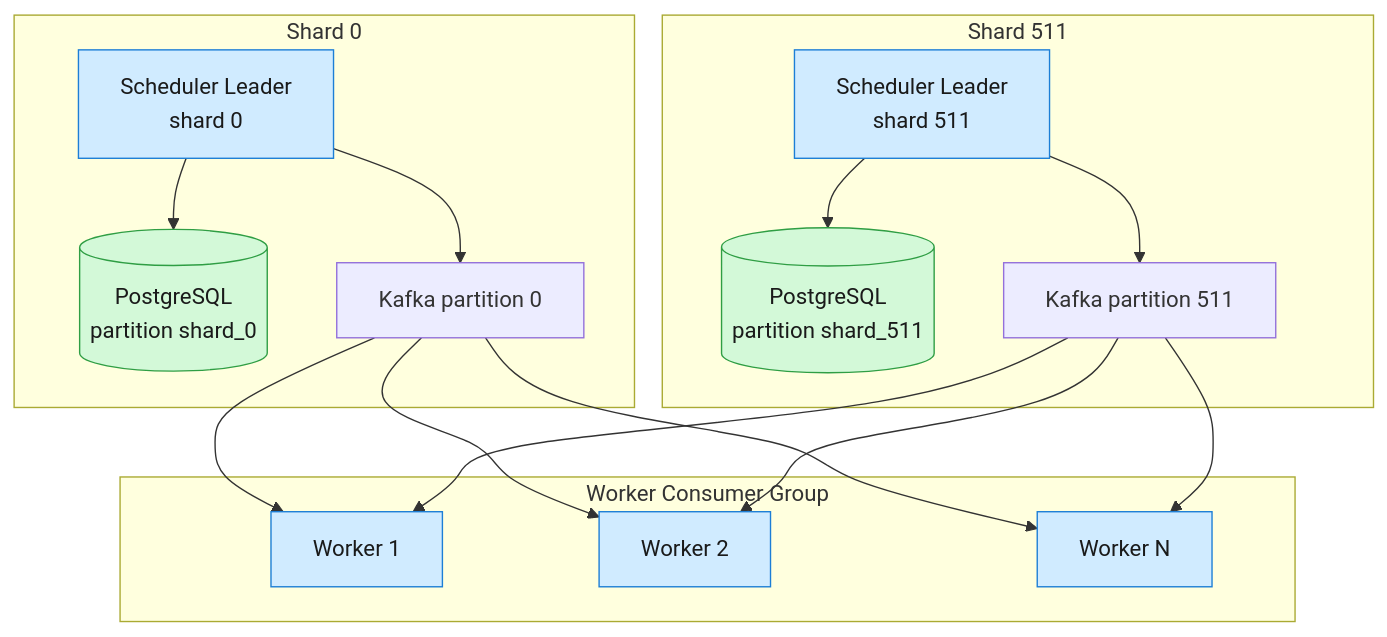
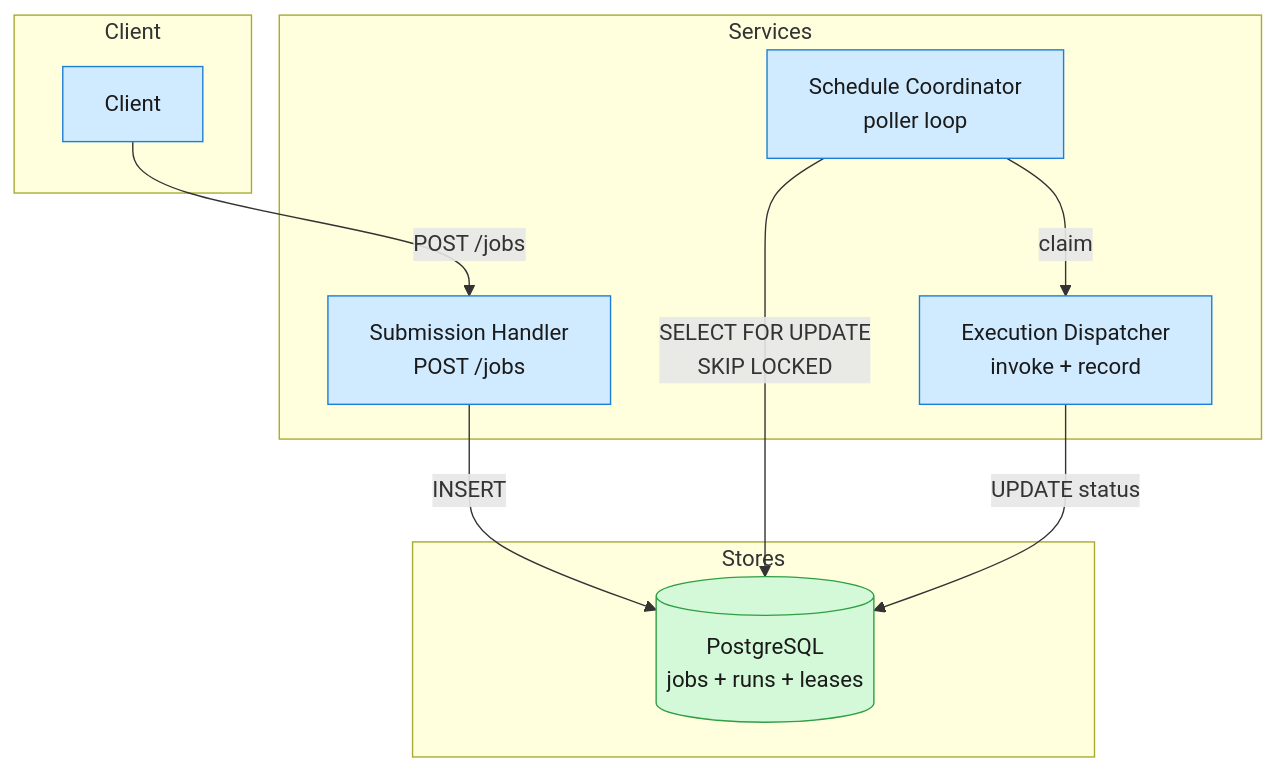
Before and after one commit to iliazlobin/iliazlobin.github.io: the second of 2 diagrams in _posts/2026-06-29-system-design-job-scheduler.md, drawn with Mermaid. The commit also changed other lines of this file and 45 other files, not shown here.

First line of the commit message:
Republish all posts from Notion: fix mermaid errors, drop §7 Trade-offs (#88)

````diff
--- a/_posts/2026-06-29-system-design-job-scheduler.md
+++ b/_posts/2026-06-29-system-design-job-scheduler.md
@@ -381,29 +105,25 @@
 ```mermaid
 graph TB
-    subgraph Shard0["Shard 0"]
-        S0["Scheduler Leader<br/>shard 0"]
-        J0[("PostgreSQL<br/>partition shard_0")]
-        K0["Kafka partition 0"]
+    subgraph Client
+        C["Client"]
     end
-    subgraph Shard511["Shard 511"]
-        S511["Scheduler Leader<br/>shard 511"]
-        J511[("PostgreSQL<br/>partition shard_511")]
-        K511["Kafka partition 511"]
+    subgraph Services
+        SH["Submission Handler<br/>POST /jobs"]
+        SC["Schedule Coordinator<br/>poller loop"]
+        ED["Execution Dispatcher<br/>invoke + record"]
     end
-    subgraph Workers["Worker Consumer Group"]
-        W1["Worker 1"]
-        W2["Worker 2"]
-        Wn["Worker N"]
+    subgraph Stores
+        PG[("PostgreSQL<br/>jobs + runs + leases")]
     end
 
-    S0 --> J0
-    S0 --> K0
-    S511 --> J511
-    S511 --> K511
-    K0 & K511 --> W1 & W2 & Wn
+    C -->|POST /jobs| SH
+    SH -->|INSERT| PG
+    SC -->|SELECT FOR UPDATE<br/>SKIP LOCKED| PG
+    SC -->|claim| ED
+    ED -->|UPDATE status| PG
 
     classDef svc fill:#d0ebff,stroke:#1c7ed6,color:#1a1a1a;
     classDef store fill:#d3f9d8,stroke:#2f9e44,color:#1a1a1a;
-    class S0,S511,W1,W2,Wn svc;
-    class J0,J511 store;
+    class C,SH,SC,ED svc;
+    class PG store;
 ```
````
